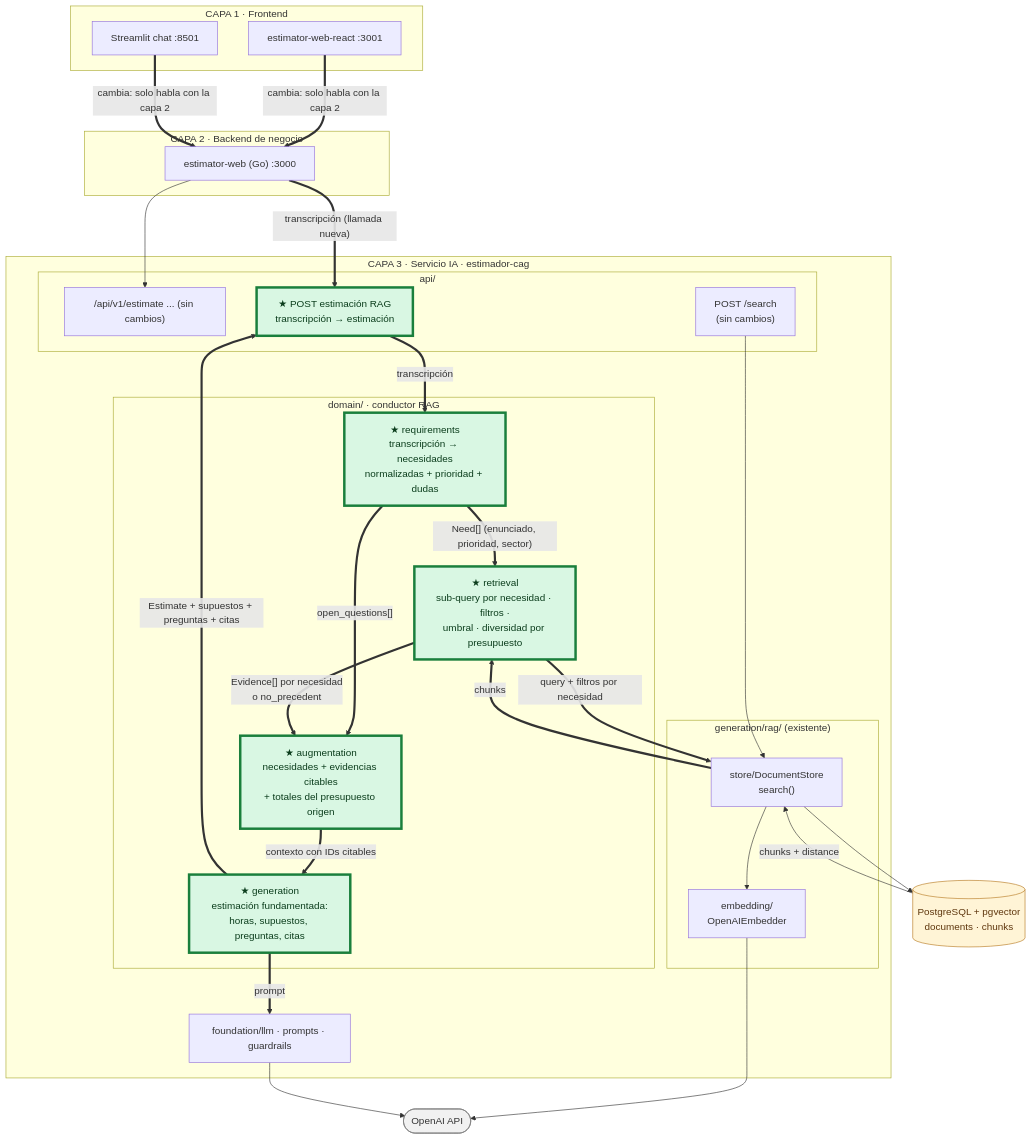
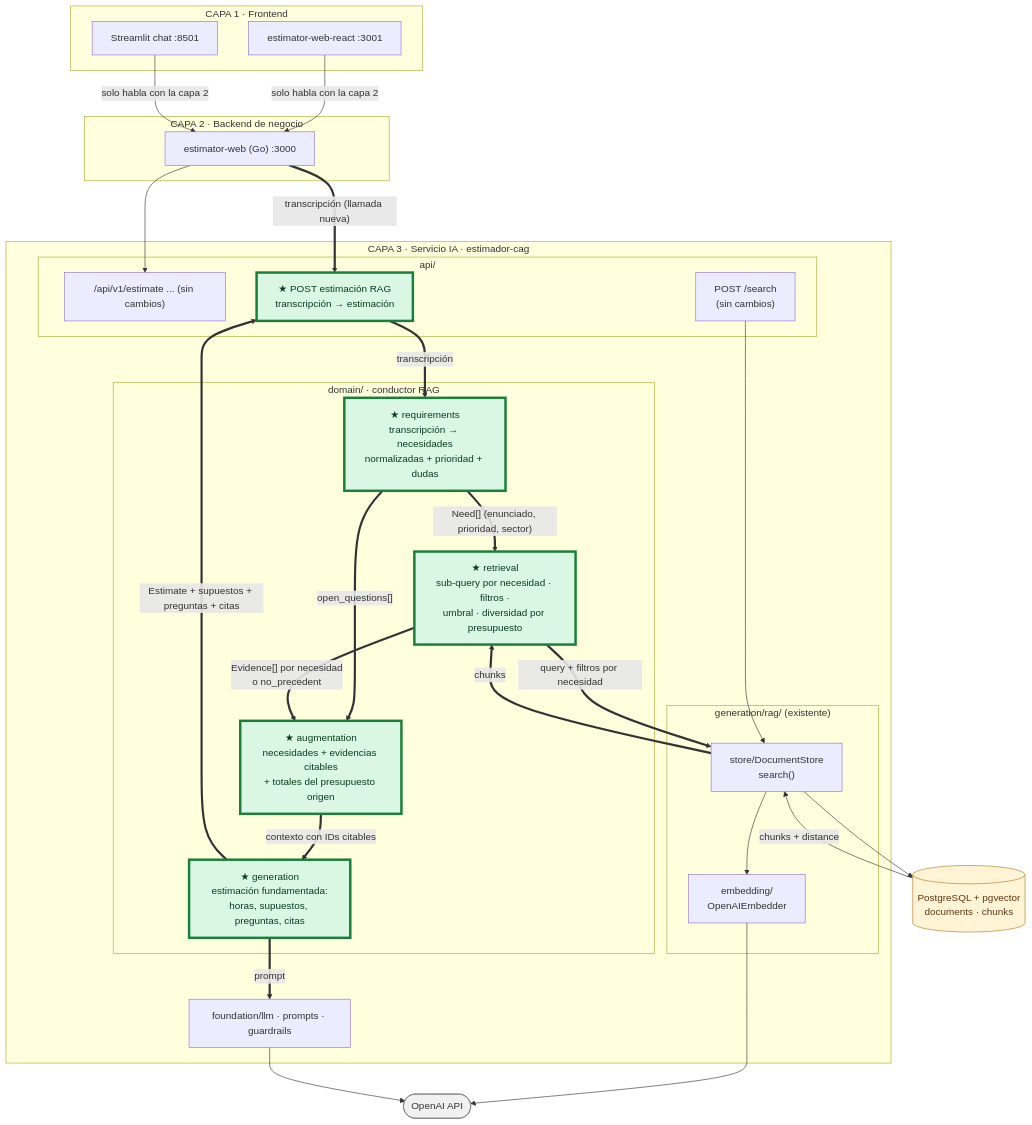
One commit to Duberney02/master-ai-engineering changed the second of 2 diagrams in arquitectura-actual.md. Above: the diagram before and after it, drawn with Mermaid. The commit also changed other lines of this file, not shown here.

````diff
--- a/arquitectura-actual.md
+++ b/arquitectura-actual.md
@@ -400,61 +402,61 @@
 ```mermaid
 flowchart TB
     classDef impl fill:#e8f1fb,stroke:#2b6cb0,color:#1a365d
     classDef store fill:#fff4d6,stroke:#b7791f,color:#5f370e
     classDef ext fill:#f1f1f1,stroke:#777,color:#333
     classDef new fill:#d9f7e3,stroke:#1a7f3c,stroke-width:4px,color:#0b3d1c
 
     subgraph L1["CAPA 1 · Frontend"]
         REACT["estimator-web-react :3001"]
         STREAM["Streamlit chat :8501"]
     end
 
     subgraph L2["CAPA 2 · Backend de negocio"]
         GOWEB["estimator-web (Go) :3000"]
     end
 
     subgraph L3["CAPA 3 · Servicio IA · estimador-cag"]
         subgraph API["api/"]
             R_EST["/api/v1/estimate ... (sin cambios)"]
             R_SRCH["POST /search<br/>(sin cambios)"]
             R_RAG["★ POST estimación RAG<br/>transcripción → estimación"]:::new
         end
 
         subgraph COND["domain/ · conductor RAG"]
             REQ["★ requirements<br/>transcripción → necesidades<br/>normalizadas + prioridad + dudas"]:::new
             RET["★ retrieval<br/>sub-query por necesidad · filtros ·<br/>umbral · diversidad por presupuesto"]:::new
             CTX["★ augmentation<br/>necesidades + evidencias citables<br/>+ totales del presupuesto origen"]:::new
             GEN["★ generation<br/>estimación fundamentada:<br/>horas, supuestos, preguntas, citas"]:::new
         end
 
         subgraph RAGX["generation/rag/ (existente)"]
             EMB["embedding/<br/>OpenAIEmbedder"]
             DS["store/DocumentStore<br/>search()"]
         end
         LLMF["foundation/llm · prompts · guardrails"]
     end
 
     PG[("PostgreSQL + pgvector<br/>documents · chunks")]:::store
     OAI(["OpenAI API"]):::ext
 
-    REACT ==>|"cambia: solo habla con la capa 2"| GOWEB
-    STREAM ==>|"cambia: solo habla con la capa 2"| GOWEB
+    REACT -->|"solo habla con la capa 2"| GOWEB
+    STREAM -->|"solo habla con la capa 2"| GOWEB
     GOWEB --> R_EST
     GOWEB ==>|"transcripción (llamada nueva)"| R_RAG
 
     R_RAG ==>|"transcripción"| REQ
     REQ ==>|"Need[] (enunciado, prioridad, sector)"| RET
     REQ ==>|"open_questions[]"| CTX
     RET ==>|"query + filtros por necesidad"| DS
     DS --> EMB
     EMB --> OAI
     DS --> PG
     PG -->|"chunks + distance"| DS
     DS ==>|"chunks"| RET
     RET ==>|"Evidence[] por necesidad<br/>o no_precedent"| CTX
     CTX ==>|"contexto con IDs citables"| GEN
     GEN ==>|"prompt"| LLMF
     LLMF --> OAI
     GEN ==>|"Estimate + supuestos + preguntas + citas"| R_RAG
     R_SRCH --> DS
 ```
````
